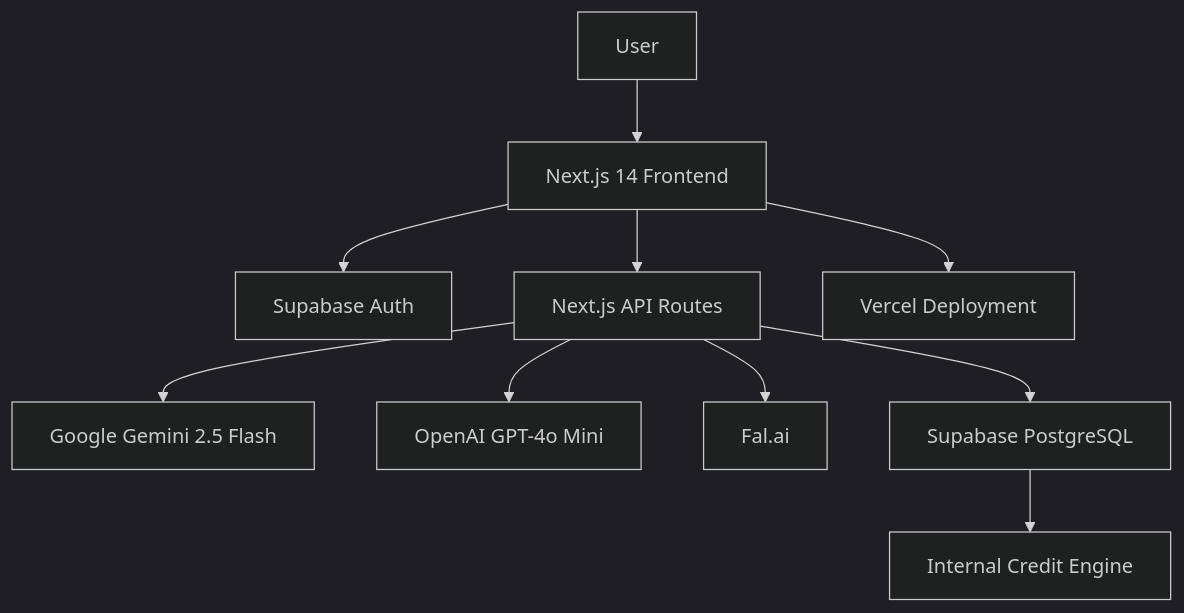
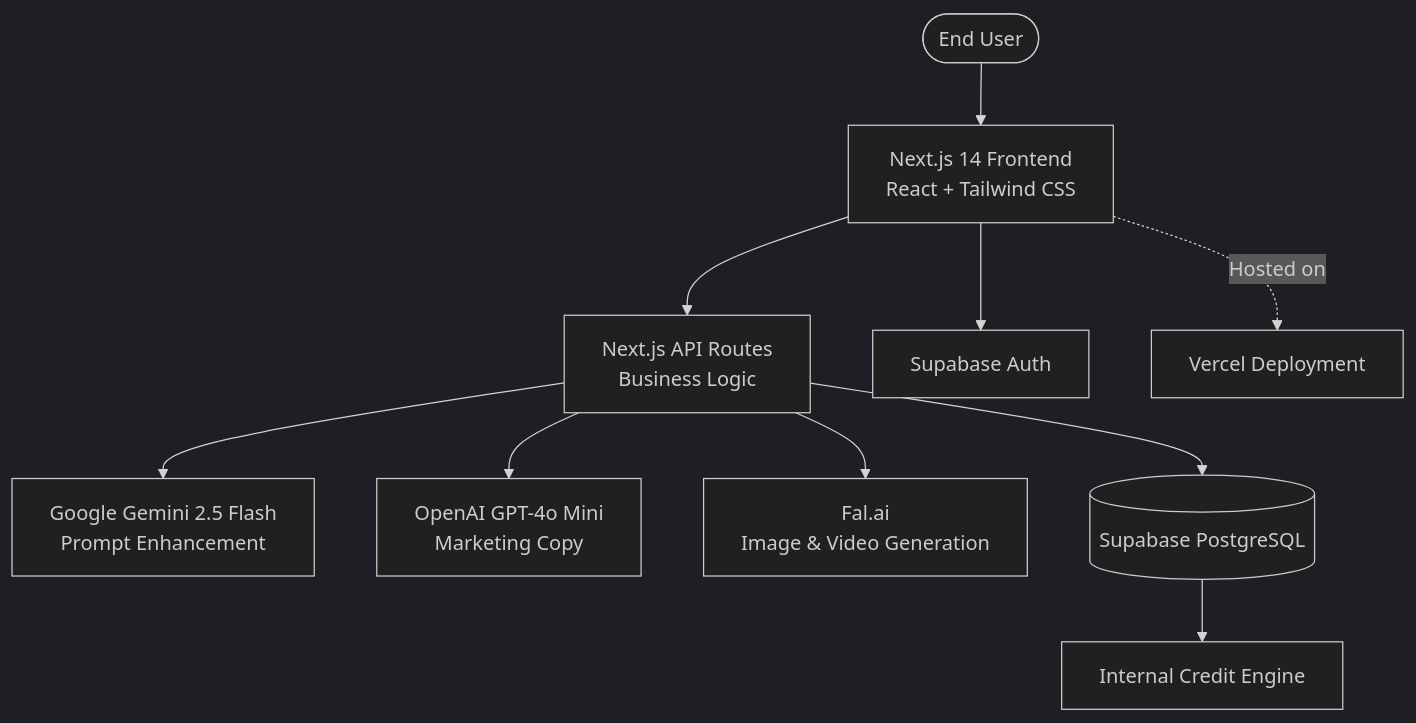
The diagram in README.md (sumamakhalil/smartflow-ai-suite), drawn with Mermaid (dark theme) before and after one commit.

Commit message:
Revise flowchart for system architecture in README
Updated flowchart in README to reflect system architecture.

````diff
--- a/README.md
+++ b/README.md
@@ -84,23 +84,42 @@
 ```mermaid
-flowchart TD
+flowchart TB
 
-A[User]
+    User([End User])
 
-A --> B[Next.js 14 Frontend]
+    Frontend[Next.js 14 Frontend<br/>React + Tailwind CSS]
 
-B --> C[Supabase Auth]
+    API[Next.js API Routes<br/>Business Logic]
 
-B --> D[Next.js API Routes]
+    Auth[Supabase Auth]
 
-D --> E[Google Gemini 2.5 Flash]
+    Gemini[Google Gemini 2.5 Flash<br/>Prompt Enhancement]
 
-D --> F[OpenAI GPT-4o Mini]
+    GPT[OpenAI GPT-4o Mini<br/>Marketing Copy]
 
-D --> G[Fal.ai]
+    Fal[Fal.ai<br/>Image & Video Generation]
 
-D --> H[Supabase PostgreSQL]
+    DB[(Supabase PostgreSQL)]
 
-H --> I[Internal Credit Engine]
+    Credit[Internal Credit Engine]
 
-B --> J[Vercel Deployment]
+    Vercel[Vercel Deployment]
+
+    User --> Frontend
+
+    Frontend --> Auth
+
+    Frontend --> API
+
+    API --> Gemini
+
+    API --> GPT
+
+    API --> Fal
+
+    API --> DB
+
+    DB --> Credit
+
+    Frontend -. Hosted on .-> Vercel
+
 ```
````
